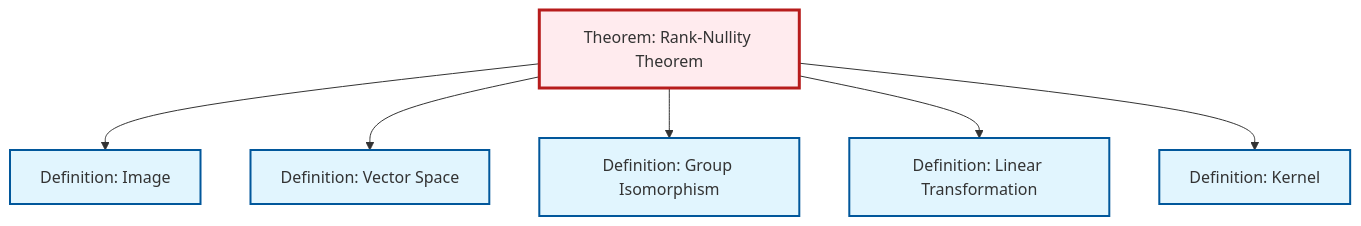
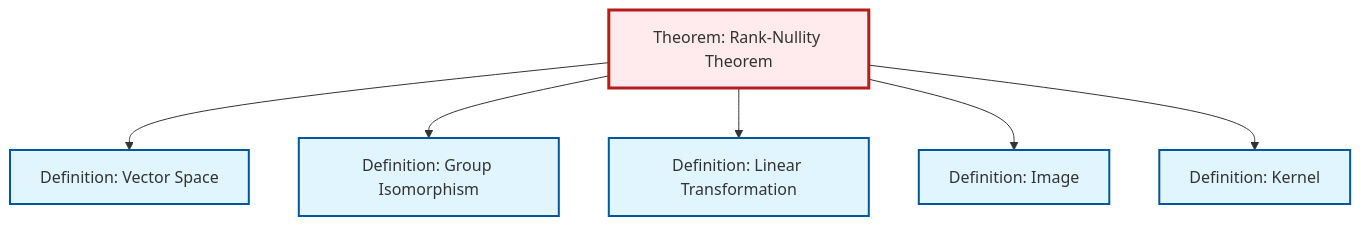
The diagram in content/ja/algebra/thm-rank-nullity.qmd (RK0429/ModernMath), drawn with Mermaid before and after one commit. The commit also changed other lines of this file and 619 other files, not shown here.

````diff
--- a/content/ja/algebra/thm-rank-nullity.qmd
+++ b/content/ja/algebra/thm-rank-nullity.qmd
@@ -57,26 +57,26 @@
 ```{mermaid}
 %%| fig-cap: "Local dependency graph"
 graph TD
     classDef definition fill:#e1f5fe,stroke:#01579b,stroke-width:2px
     classDef theorem fill:#f3e5f5,stroke:#4a148c,stroke-width:2px
     classDef axiom fill:#fff3e0,stroke:#e65100,stroke-width:2px
     classDef example fill:#e8f5e9,stroke:#1b5e20,stroke-width:2px
     classDef current fill:#ffebee,stroke:#b71c1c,stroke-width:3px
-    thm-rank-nullity["Theorem: Rank-Nullity Theorem"]:::theorem
-    def-vector-space["Definition: Vector Space"]:::definition
-    def-isomorphism["Definition: Group Isomorphism"]:::definition
     def-kernel["Definition: Kernel"]:::definition
     def-linear-transformation["Definition: Linear Transformation"]:::definition
+    thm-rank-nullity["Theorem: Rank-Nullity Theorem"]:::theorem
+    def-isomorphism["Definition: Group Isomorphism"]:::definition
     def-image["Definition: Image"]:::definition
-    thm-rank-nullity --> def-image
+    def-vector-space["Definition: Vector Space"]:::definition
     thm-rank-nullity --> def-vector-space
     thm-rank-nullity --> def-isomorphism
     thm-rank-nullity --> def-linear-transformation
+    thm-rank-nullity --> def-image
     thm-rank-nullity --> def-kernel
     class thm-rank-nullity current
-    click def-vector-space "def-vector-space.html" "Definition: Vector Spaceへ"
-    click def-isomorphism "def-isomorphism.html" "Definition: Group Isomorphismへ"
     click def-kernel "def-kernel.html" "Definition: Kernelへ"
     click def-linear-transformation "def-linear-transformation.html" "Definition: Linear Transformationへ"
+    click def-isomorphism "def-isomorphism.html" "Definition: Group Isomorphismへ"
     click def-image "def-image.html" "Definition: Imageへ"
+    click def-vector-space "def-vector-space.html" "Definition: Vector Spaceへ"
 ```
````
